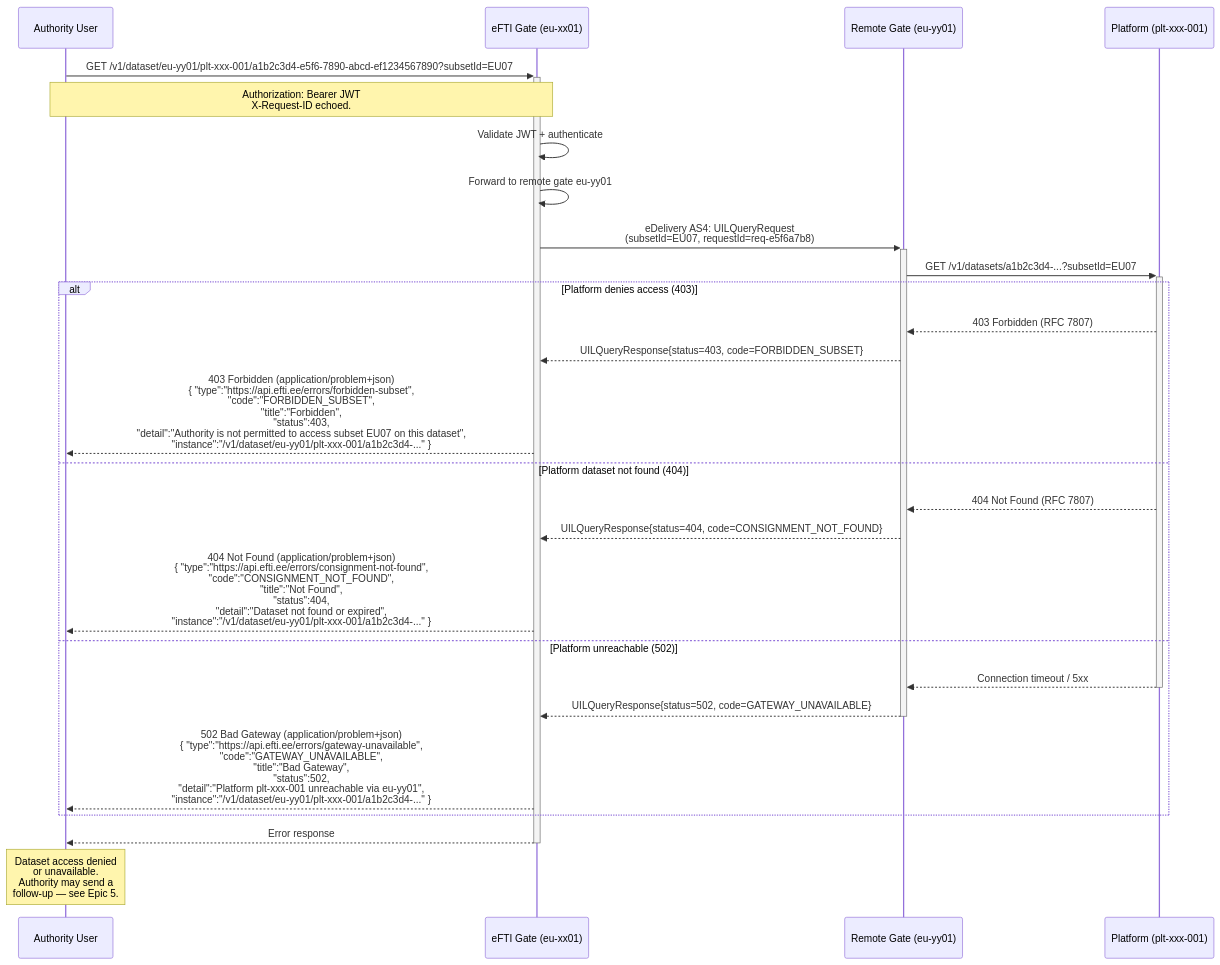
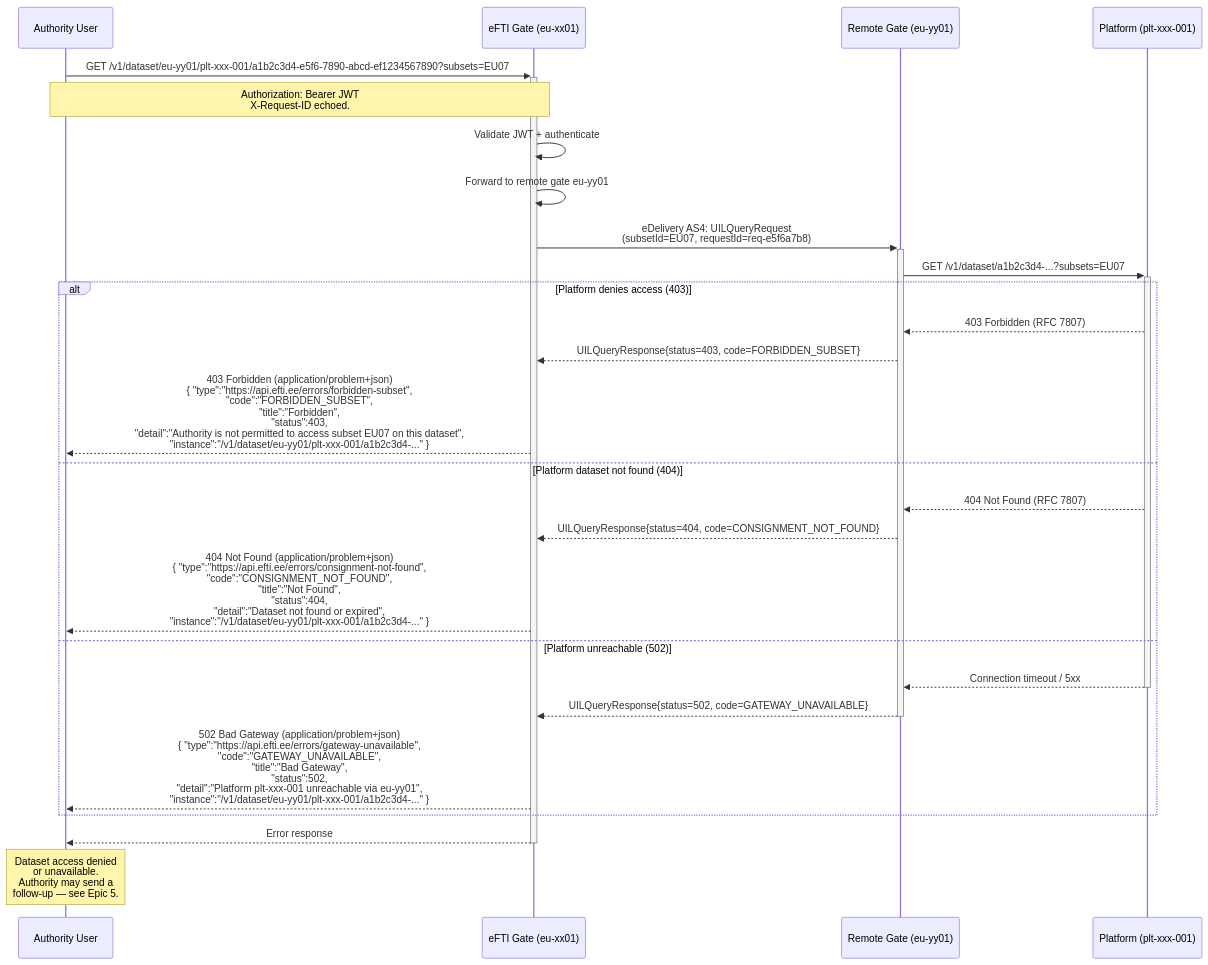
Before and after one commit to kemit-ee/efti-gate-ee: the diagram in docs/specs/diagrams/seq-06-dataset-request-denied.mmd, drawn with Mermaid. The commit also changed 15 other files, not shown here.

First line of the commit message:
docs(specs): name the dataset subset parameter 'subsets' everywhere, EU01-EU07 only in examples (#362)

```diff
--- a/docs/specs/diagrams/seq-06-dataset-request-denied.mmd
+++ b/docs/specs/diagrams/seq-06-dataset-request-denied.mmd
@@ -1,34 +1,34 @@
 sequenceDiagram
     participant Authority as Authority User
     participant GateEE as eFTI Gate (eu-xx01)
     participant GateFI as Remote Gate (eu-yy01)
     participant Platform as Platform (plt-xxx-001)
 
-    Authority->>+GateEE: GET /v1/dataset/eu-yy01/plt-xxx-001/a1b2c3d4-e5f6-7890-abcd-ef1234567890?subsetId=EU07
+    Authority->>+GateEE: GET /v1/dataset/eu-yy01/plt-xxx-001/a1b2c3d4-e5f6-7890-abcd-ef1234567890?subsets=EU07
     Note over Authority,GateEE: Authorization: Bearer JWT<br/>X-Request-ID echoed.
 
     GateEE->>GateEE: Validate JWT + authenticate
     GateEE->>GateEE: Forward to remote gate eu-yy01
 
     GateEE->>+GateFI: eDelivery AS4: UILQueryRequest<br/>(subsetId=EU07, requestId=req-e5f6a7b8)
 
-    GateFI->>+Platform: GET /v1/datasets/a1b2c3d4-...?subsetId=EU07
+    GateFI->>+Platform: GET /v1/dataset/a1b2c3d4-...?subsets=EU07
 
     alt Platform denies access (403)
         Platform-->>GateFI: 403 Forbidden (RFC 7807)
         GateFI-->>GateEE: UILQueryResponse{status=403, code=FORBIDDEN_SUBSET}
         GateEE-->>Authority: 403 Forbidden (application/problem+json)<br/>{ "type":"https://api.efti.ee/errors/forbidden-subset",<br/>  "code":"FORBIDDEN_SUBSET",<br/>  "title":"Forbidden",<br/>  "status":403,<br/>  "detail":"Authority is not permitted to access subset EU07 on this dataset",<br/>  "instance":"/v1/dataset/eu-yy01/plt-xxx-001/a1b2c3d4-..." }
 
     else Platform dataset not found (404)
         Platform-->>GateFI: 404 Not Found (RFC 7807)
         GateFI-->>GateEE: UILQueryResponse{status=404, code=CONSIGNMENT_NOT_FOUND}
         GateEE-->>Authority: 404 Not Found (application/problem+json)<br/>{ "type":"https://api.efti.ee/errors/consignment-not-found",<br/>  "code":"CONSIGNMENT_NOT_FOUND",<br/>  "title":"Not Found",<br/>  "status":404,<br/>  "detail":"Dataset not found or expired",<br/>  "instance":"/v1/dataset/eu-yy01/plt-xxx-001/a1b2c3d4-..." }
 
     else Platform unreachable (502)
         Platform-->>-GateFI: Connection timeout / 5xx
         GateFI-->>-GateEE: UILQueryResponse{status=502, code=GATEWAY_UNAVAILABLE}
         GateEE-->>Authority: 502 Bad Gateway (application/problem+json)<br/>{ "type":"https://api.efti.ee/errors/gateway-unavailable",<br/>  "code":"GATEWAY_UNAVAILABLE",<br/>  "title":"Bad Gateway",<br/>  "status":502,<br/>  "detail":"Platform plt-xxx-001 unreachable via eu-yy01",<br/>  "instance":"/v1/dataset/eu-yy01/plt-xxx-001/a1b2c3d4-..." }
     end
 
     GateEE-->>-Authority: Error response
     Note over Authority: Dataset access denied<br/>or unavailable.<br/>Authority may send a<br/>follow-up — see Epic 5.
```
